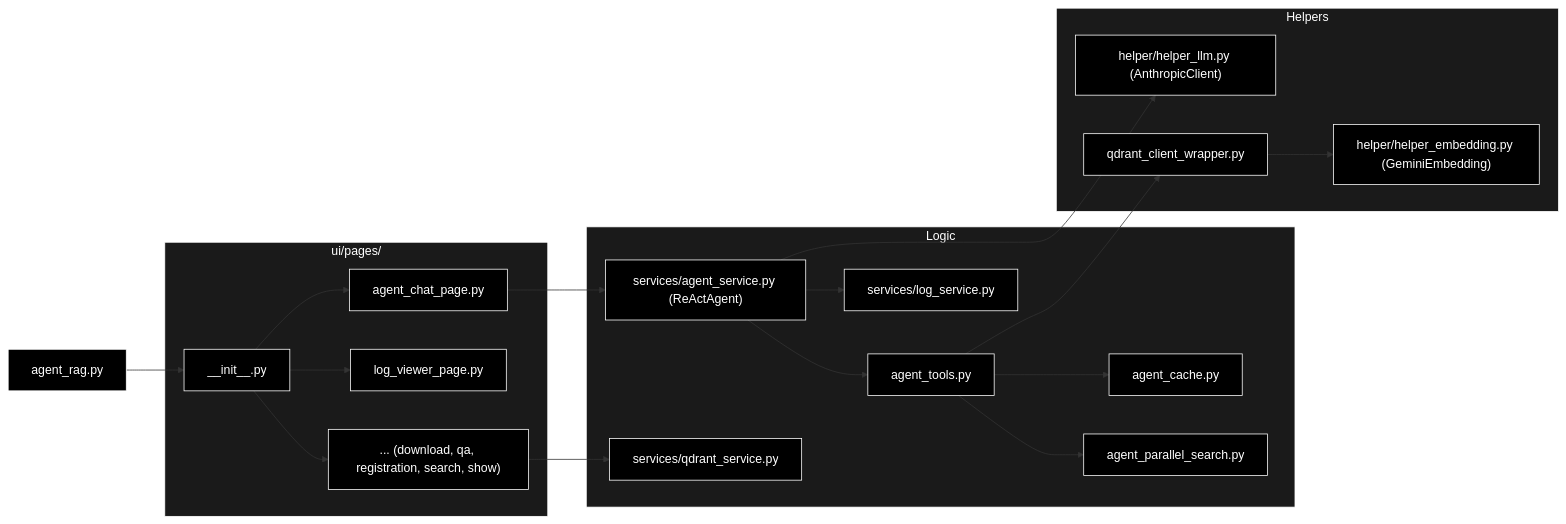
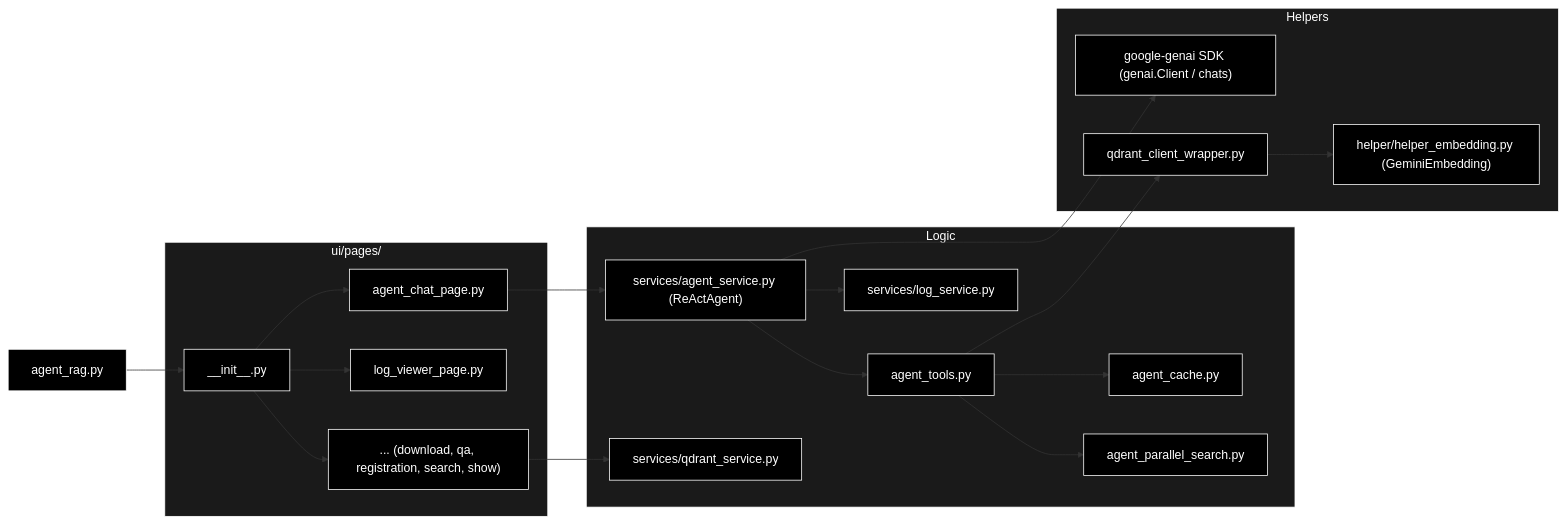
Before and after one commit to nakashima2toshio/anthropic_grace_agent_v2: the second of 10 diagrams in readme_react_reflection.md, drawn with Mermaid. The commit also changed other lines of this file and 9 other files, not shown here.

````diff
--- a/readme_react_reflection.md
+++ b/readme_react_reflection.md
@@ -158,48 +179,48 @@
 ```mermaid
 graph LR
     Main["agent_rag.py"]
 
     subgraph UI_Pages ["ui/pages/"]
         InitUI["__init__.py"]
         AgentPage["agent_chat_page.py"]
         LogPage["log_viewer_page.py"]
         OtherPages["... (download, qa, registration, search, show)"]
     end
 
     subgraph Logic_Layer ["Logic"]
         AgentSvc["services/agent_service.py (ReActAgent)"]
         Tools["agent_tools.py"]
         Cache["agent_cache.py"]
         Parallel["agent_parallel_search.py"]
         QS["services/qdrant_service.py"]
         LogSvc["services/log_service.py"]
     end
 
     subgraph Helper_Layer ["Helpers"]
-        HelperLLM["helper/helper_llm.py (AnthropicClient)"]
+        GenAI["google-genai SDK (genai.Client / chats)"]
         HelperEmbed["helper/helper_embedding.py (GeminiEmbedding)"]
         QdrantWrapper["qdrant_client_wrapper.py"]
     end
 
     Main --> InitUI
     InitUI --> AgentPage
     InitUI --> LogPage
     InitUI --> OtherPages
 
     AgentPage --> AgentSvc
     AgentSvc --> Tools
-    AgentSvc --> HelperLLM
+    AgentSvc --> GenAI
     AgentSvc --> LogSvc
     Tools --> Cache
     Tools --> Parallel
     Tools --> QdrantWrapper
     QdrantWrapper --> HelperEmbed
 
     OtherPages --> QS
 classDef default fill:#000,stroke:#fff,color:#fff
 classDef subgraphStyle fill:#1a1a1a,stroke:#fff,color:#fff
-class Main,InitUI,AgentPage,LogPage,OtherPages,AgentSvc,Tools,Cache,Parallel,QS,LogSvc,HelperLLM,HelperEmbed,QdrantWrapper default
+class Main,InitUI,AgentPage,LogPage,OtherPages,AgentSvc,Tools,Cache,Parallel,QS,LogSvc,GenAI,HelperEmbed,QdrantWrapper default
 style UI_Pages fill:#1a1a1a,stroke:#fff,color:#fff
 style Logic_Layer fill:#1a1a1a,stroke:#fff,color:#fff
 style Helper_Layer fill:#1a1a1a,stroke:#fff,color:#fff
 ```
````
